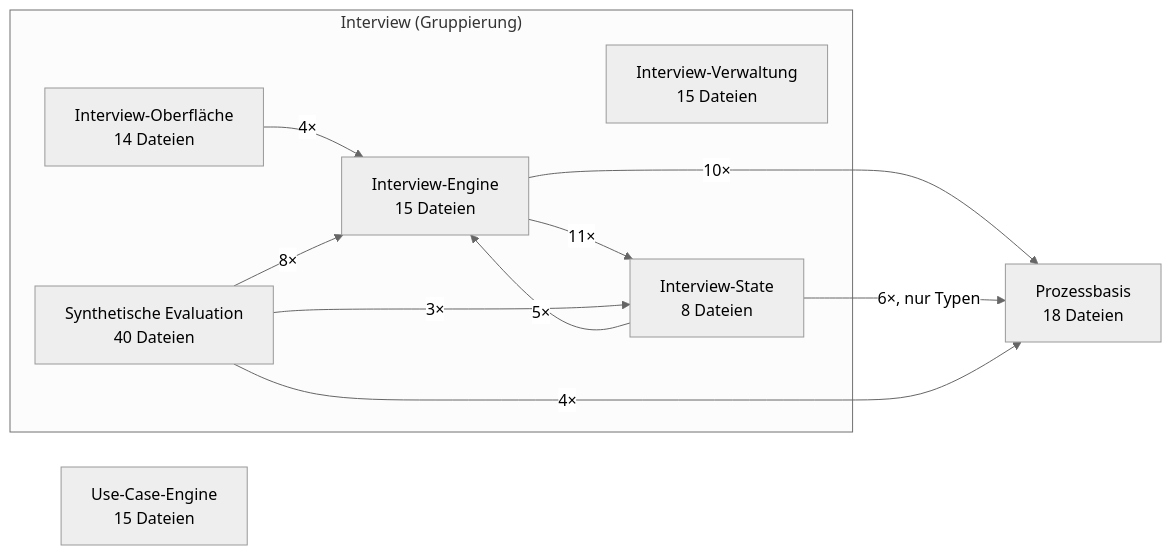
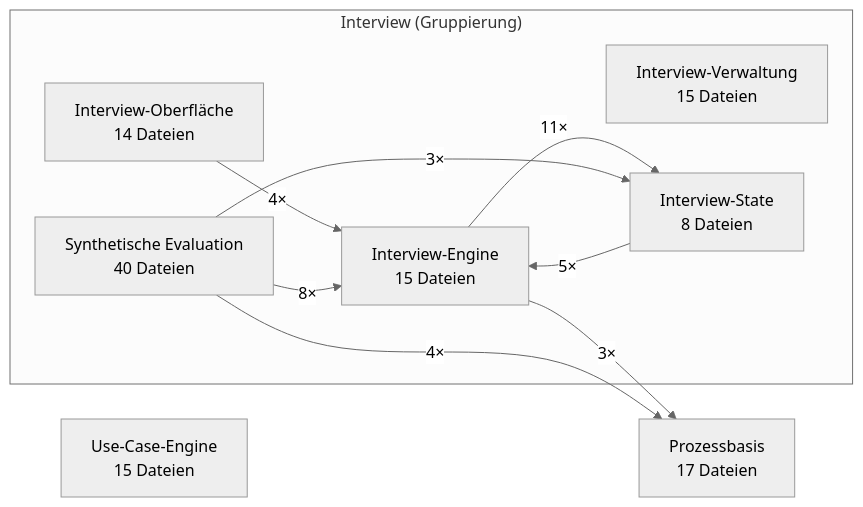
The diagram in docs/architecture/03-komponenten-uebersicht.md (Roly-Bach/meridian-app), drawn with Mermaid (neutral theme) before and after one commit. The commit also changed other lines of this file and 3 other files, not shown here.

````diff
--- a/docs/architecture/03-komponenten-uebersicht.md
+++ b/docs/architecture/03-komponenten-uebersicht.md
@@ -19,21 +19,20 @@
 ```mermaid
 graph LR
     subgraph GRP["Interview (Gruppierung)"]
         IV["Interview-Verwaltung<br/>15 Dateien"]
         IO["Interview-Oberfläche<br/>14 Dateien"]
         IE["Interview-Engine<br/>15 Dateien"]
         IS["Interview-State<br/>8 Dateien"]
         SE["Synthetische Evaluation<br/>40 Dateien"]
     end
-    PB["Prozessbasis<br/>18 Dateien"]
+    PB["Prozessbasis<br/>17 Dateien"]
     UC["Use-Case-Engine<br/>15 Dateien"]
 
     IO -->|"4×"| IE
     IE -->|"11×"| IS
-    IE -->|"10×"| PB
+    IE -->|"3×"| PB
     IS -->|"5×"| IE
-    IS -->|"6×, nur Typen"| PB
     SE -->|"8×"| IE
     SE -->|"3×"| IS
     SE -->|"4×"| PB
 ```
````
